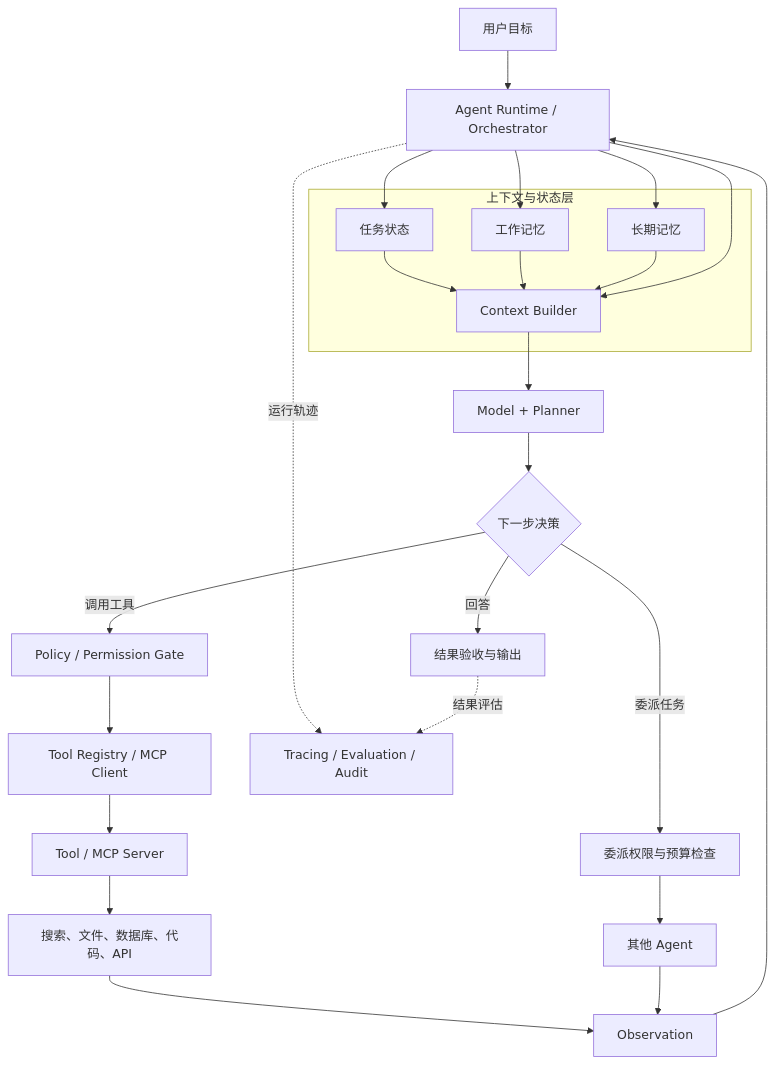
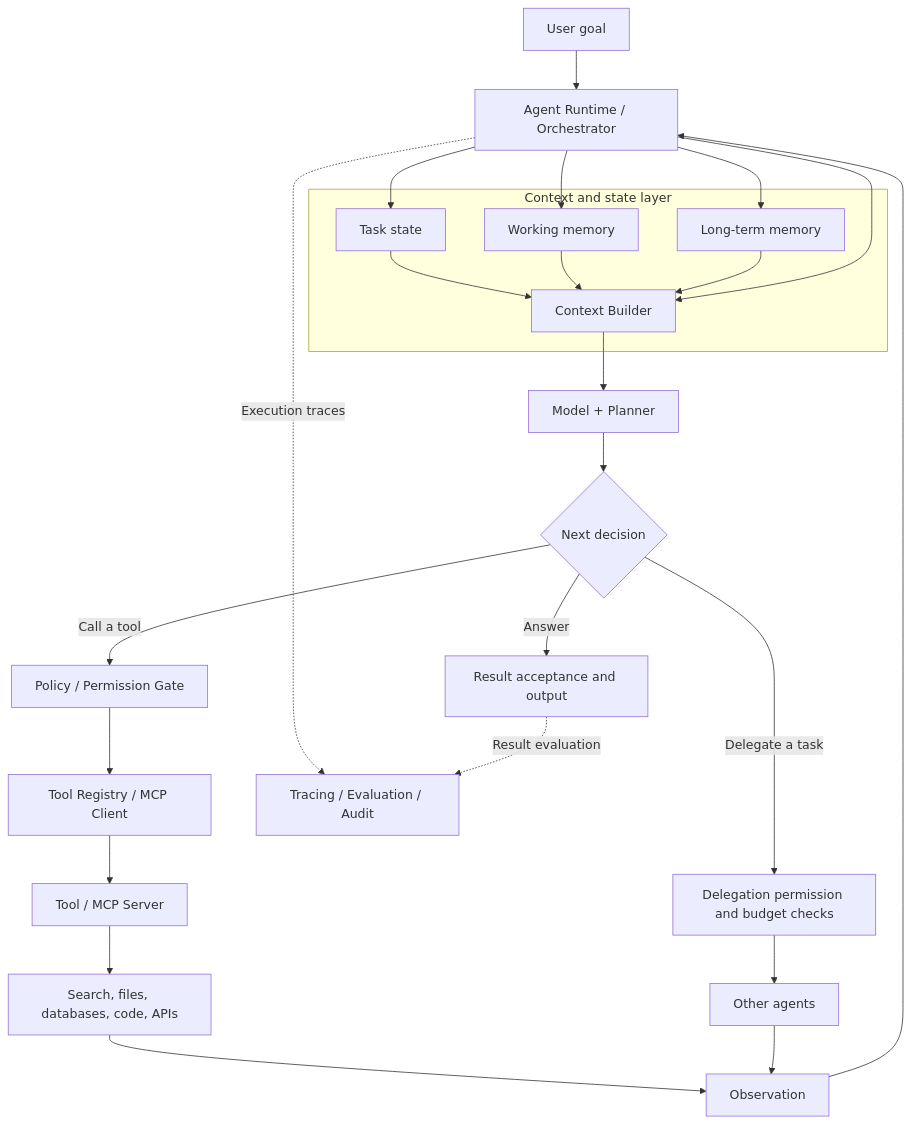
The first of 8 diagrams in docs/agent/01-foundations/02-agent-architecture.md (oneleaveknowsthefall/awesome-ai-roadmap), drawn with Mermaid before and after one commit. The commit also changed other lines of this file and 68 other files, not shown here.

````diff
--- a/docs/agent/01-foundations/02-agent-architecture.md
+++ b/docs/agent/01-foundations/02-agent-architecture.md
@@ -31,37 +31,37 @@
 ```mermaid
 flowchart TB
-    U[用户目标] --> RT[Agent Runtime / Orchestrator]
+    U[User goal] --> RT[Agent Runtime / Orchestrator]
 
-    subgraph Context[上下文与状态层]
-        ST[任务状态]
-        WM[工作记忆]
-        LM[长期记忆]
+    subgraph Context[Context and state layer]
+        ST[Task state]
+        WM[Working memory]
+        LM[Long-term memory]
         CB[Context Builder]
         ST --> CB
         WM --> CB
         LM --> CB
     end
 
     RT --> CB
     CB --> MP[Model + Planner]
-    MP --> DEC{下一步决策}
+    MP --> DEC{Next decision}
 
-    DEC -->|回答| OUT[结果验收与输出]
-    DEC -->|调用工具| PG[Policy / Permission Gate]
-    DEC -->|委派任务| DG[委派权限与预算检查]
-    DG --> A2A[其他 Agent]
+    DEC -->|Answer| OUT[Result acceptance and output]
+    DEC -->|Call a tool| PG[Policy / Permission Gate]
+    DEC -->|Delegate a task| DG[Delegation permission and budget checks]
+    DG --> A2A[Other agents]
 
     PG --> TR[Tool Registry / MCP Client]
     TR --> TS[Tool / MCP Server]
-    TS --> ENV[搜索、文件、数据库、代码、API]
+    TS --> ENV[Search, files, databases, code, APIs]
     ENV --> OBS[Observation]
 
     A2A --> OBS
     OBS --> RT
     RT --> ST
     RT --> WM
     RT --> LM
 
-    RT -.运行轨迹.-> OT[Tracing / Evaluation / Audit]
-    OUT -.结果评估.-> OT
+    RT -.Execution traces.-> OT[Tracing / Evaluation / Audit]
+    OUT -.Result evaluation.-> OT
 ```
````
